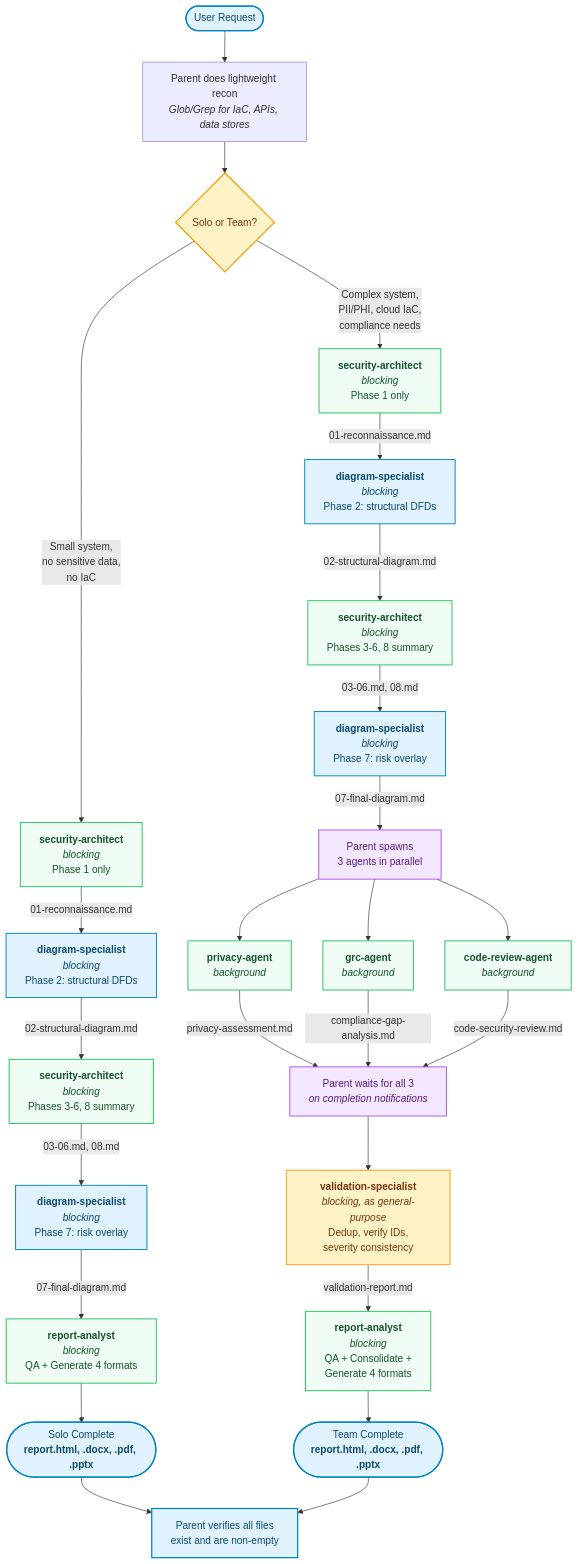
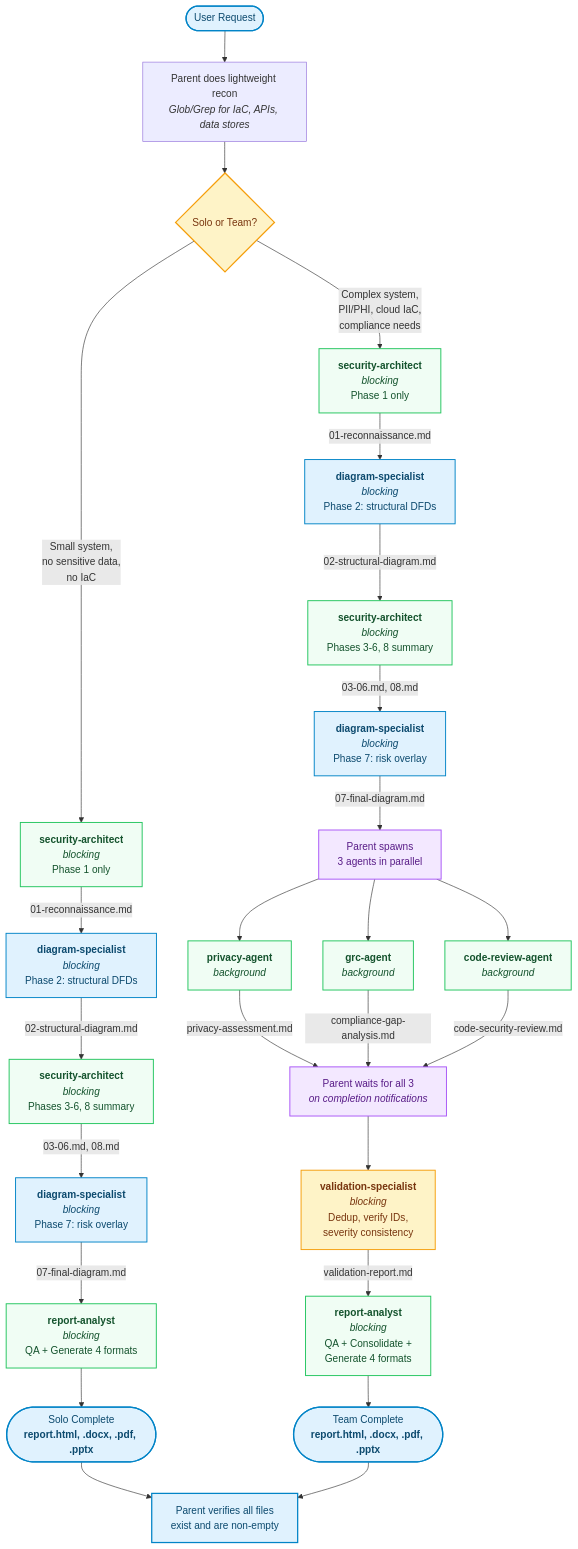
One commit to trwilcoxson/threat-model-suite changed the third of 3 diagrams in docs/ARCHITECTURE.md. Above: the diagram before and after it, drawn with Mermaid. The commit also changed other lines of this file and 3 other files, not shown here.

````diff
--- a/docs/ARCHITECTURE.md
+++ b/docs/ARCHITECTURE.md
@@ -527,51 +527,51 @@
 ```mermaid
 flowchart TD
     Start(["User Request"]) --> Recon["Parent does lightweight recon<br/><i>Glob/Grep for IaC, APIs, data stores</i>"]
     Recon --> Mode{"Solo or Team?"}
 
     Mode -->|"Small system,<br/>no sensitive data,<br/>no IaC"| Solo_SA1["<b>security-architect</b><br/><i>blocking</i><br/>Phase 1 only"]
     Solo_SA1 -->|"01-reconnaissance.md"| Solo_DS1["<b>diagram-specialist</b><br/><i>blocking</i><br/>Phase 2: structural DFDs"]
     Solo_DS1 -->|"02-structural-diagram.md"| Solo_SA2["<b>security-architect</b><br/><i>blocking</i><br/>Phases 3-6, 8 summary"]
     Solo_SA2 -->|"03-06.md, 08.md"| Solo_DS2["<b>diagram-specialist</b><br/><i>blocking</i><br/>Phase 7: risk overlay"]
     Solo_DS2 -->|"07-final-diagram.md"| Solo_RA["<b>report-analyst</b><br/><i>blocking</i><br/>QA + Generate 4 formats"]
     Solo_RA --> Solo_Done(["Solo Complete<br/><b>report.html, .docx, .pdf, .pptx</b>"])
 
     Mode -->|"Complex system,<br/>PII/PHI, cloud IaC,<br/>compliance needs"| Team_SA1["<b>security-architect</b><br/><i>blocking</i><br/>Phase 1 only"]
 
     Team_SA1 -->|"01-reconnaissance.md"| Team_DS1["<b>diagram-specialist</b><br/><i>blocking</i><br/>Phase 2: structural DFDs"]
     Team_DS1 -->|"02-structural-diagram.md"| Team_SA2["<b>security-architect</b><br/><i>blocking</i><br/>Phases 3-6, 8 summary"]
     Team_SA2 -->|"03-06.md, 08.md"| Team_DS2["<b>diagram-specialist</b><br/><i>blocking</i><br/>Phase 7: risk overlay"]
 
     Team_DS2 -->|"07-final-diagram.md"| Fork["Parent spawns<br/>3 agents in parallel"]
 
     Fork --> PA["<b>privacy-agent</b><br/><i>background</i>"]
     Fork --> GRC["<b>grc-agent</b><br/><i>background</i>"]
     Fork --> CR["<b>code-review-agent</b><br/><i>background</i>"]
 
     PA -->|"privacy-assessment.md"| Join["Parent waits for all 3<br/><i>on completion notifications</i>"]
     GRC -->|"compliance-gap-analysis.md"| Join
     CR -->|"code-security-review.md"| Join
 
-    Join --> VS["<b>validation-specialist</b><br/><i>blocking, as general-purpose</i><br/>Dedup, verify IDs,<br/>severity consistency"]
+    Join --> VS["<b>validation-specialist</b><br/><i>blocking</i><br/>Dedup, verify IDs,<br/>severity consistency"]
 
     VS -->|"validation-report.md"| Team_RA["<b>report-analyst</b><br/><i>blocking</i><br/>QA + Consolidate +<br/>Generate 4 formats"]
 
     Team_RA --> Team_Done(["Team Complete<br/><b>report.html, .docx, .pdf, .pptx</b>"])
 
     Solo_Done --> Verify["Parent verifies all files<br/>exist and are non-empty"]
     Team_Done --> Verify
 
     classDef start fill:#e0f2fe,stroke:#0284c7,stroke-width:2px,color:#0c4a6e
     classDef decision fill:#fef3c7,stroke:#f59e0b,stroke-width:2px,color:#78350f
     classDef agent fill:#f0fdf4,stroke:#22c55e,stroke-width:1.5px,color:#14532d
     classDef diagram fill:#e0f2fe,stroke:#0284c7,stroke-width:1.5px,color:#0c4a6e
     classDef post fill:#fef3c7,stroke:#f59e0b,stroke-width:1.5px,color:#78350f
     classDef control fill:#f3e8ff,stroke:#a855f7,stroke-width:1.5px,color:#581c87
 
     class Start,Solo_Done,Team_Done,Verify start
     class Mode decision
     class Solo_SA1,Solo_SA2,Team_SA1,Team_SA2,PA,GRC,CR,Solo_RA,Team_RA agent
     class Solo_DS1,Solo_DS2,Team_DS1,Team_DS2 diagram
     class Fork,Join control
     class VS post
 ```
````
